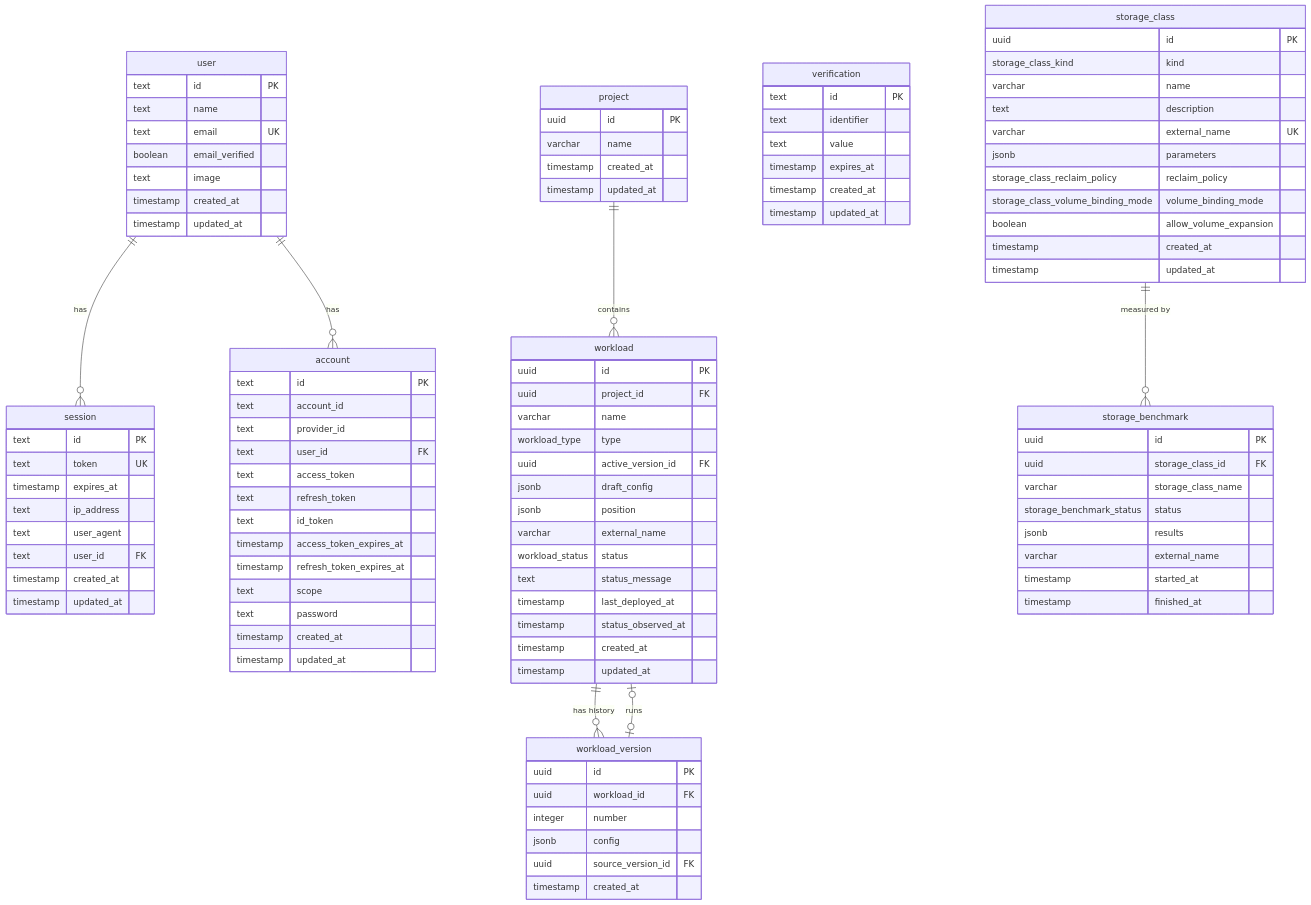
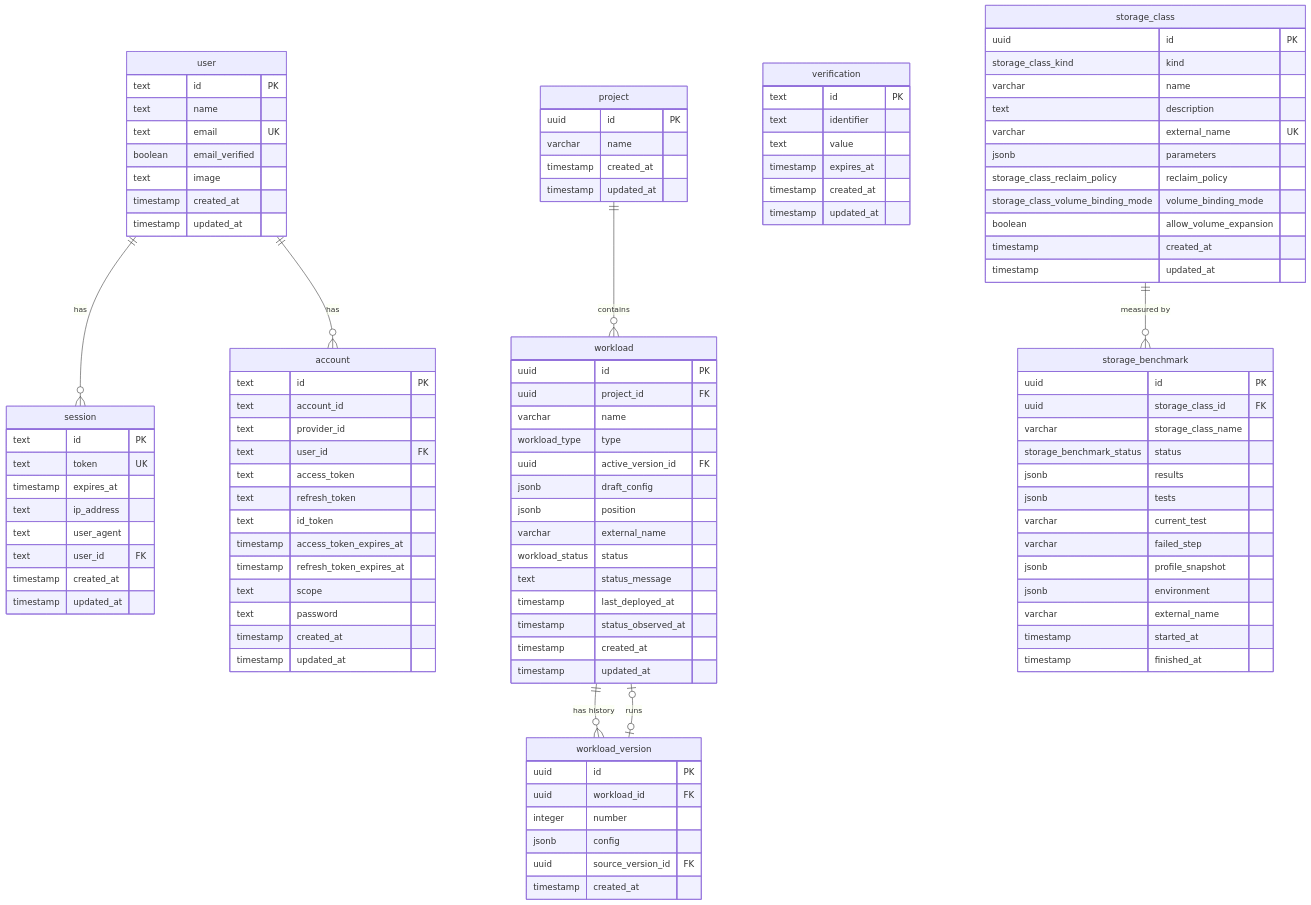
The diagram in docs/DATABASE.md (acceleratio-cloud/core), drawn with Mermaid before and after one commit. The commit also changed other lines of this file and 23 other files, not shown here.

```diff
--- a/docs/DATABASE.md
+++ b/docs/DATABASE.md
@@ -123,6 +123,11 @@
         varchar storage_class_name
         storage_benchmark_status status
         jsonb results
+        jsonb tests
+        varchar current_test
+        varchar failed_step
+        jsonb profile_snapshot
+        jsonb environment
         varchar external_name
         timestamp started_at
         timestamp finished_at
```
